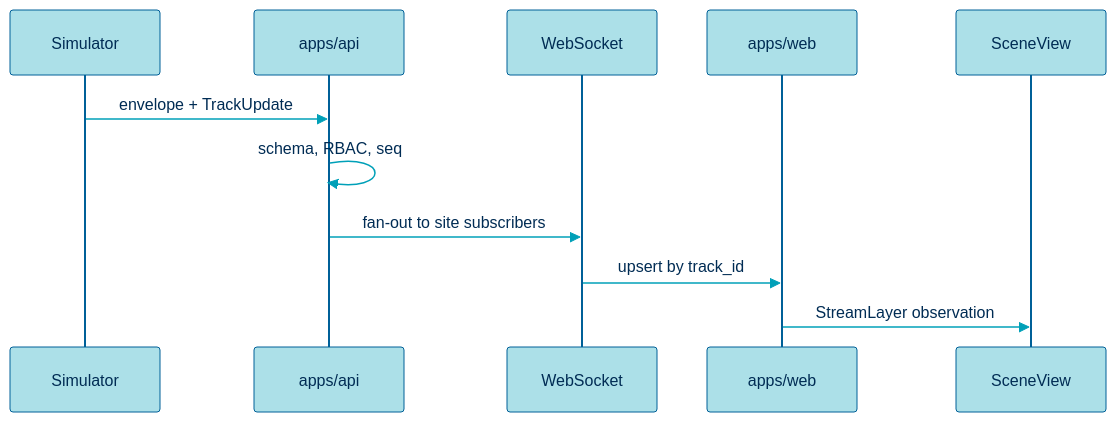
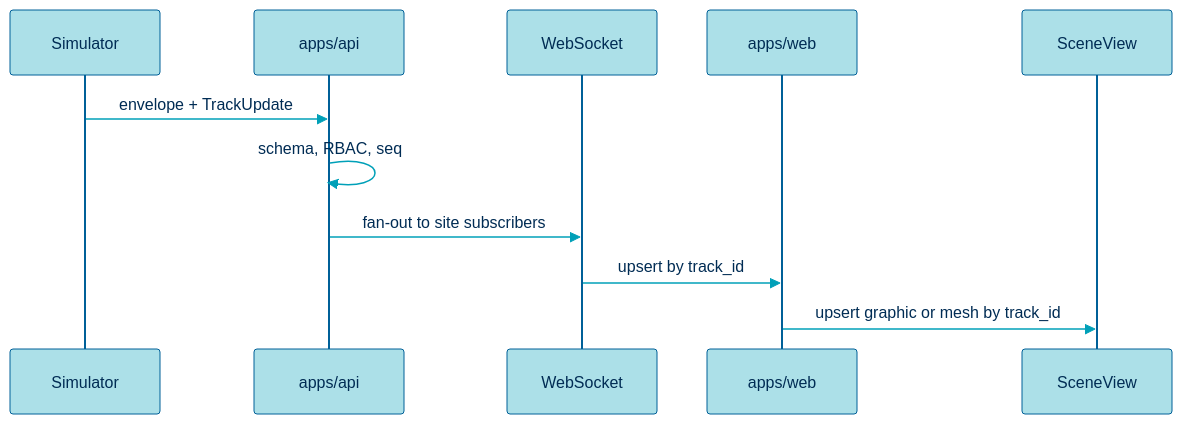
The third of 3 diagrams in docs/diagrams/data-flow.md (aurelius-in/harborwatch-3d), drawn with Mermaid before and after one commit. The commit also changed other lines of this file and 55 other files, not shown here.

````diff
--- a/docs/diagrams/data-flow.md
+++ b/docs/diagrams/data-flow.md
@@ -83,27 +83,27 @@
 ```mermaid
 %%{init: {
   "theme": "base",
   "themeVariables": {
     "primaryColor": "#E8F8F8",
     "primaryTextColor": "#002C54",
     "lineColor": "#00A0B8",
     "actorBkg": "#ACE0E8",
     "actorTextColor": "#002C54",
     "actorBorder": "#006098",
     "signalColor": "#00A0B8",
     "signalTextColor": "#002C54"
   }
 }}%%
 sequenceDiagram
   participant Sim as Simulator
   participant API as apps/api
   participant WS as WebSocket
   participant Web as apps/web
   participant SV as SceneView
 
   Sim->>API: envelope + TrackUpdate
   API->>API: schema, RBAC, seq
   API->>WS: fan-out to site subscribers
   WS->>Web: upsert by track_id
-  Web->>SV: StreamLayer observation
+  Web->>SV: upsert graphic or mesh by track_id
 ```
````
